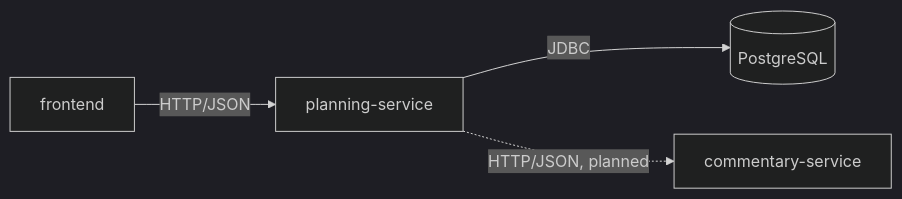
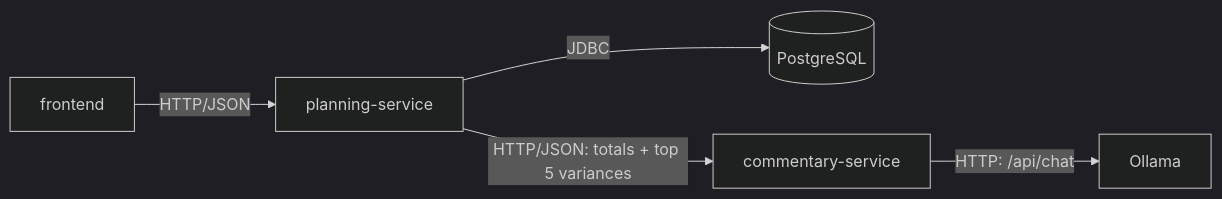
One commit to YoussefElshafei/driverline changed the first of 7 diagrams in docs/architecture.md. Above: the diagram before and after it, drawn with Mermaid (dark theme). The commit also changed other lines of this file and 64 other files, not shown here.

Commit message:
feat: add commentary-service with Ollama provider and rule-based fallback

````diff
--- a/docs/architecture.md
+++ b/docs/architecture.md
@@ -14,6 +15,7 @@
 ```mermaid
 flowchart LR
     frontend[frontend] -->|HTTP/JSON| planning[planning-service]
     planning -->|JDBC| db[(PostgreSQL)]
-    planning -.->|HTTP/JSON, planned| commentary[commentary-service]
+    planning -->|HTTP/JSON: totals + top 5 variances| commentary[commentary-service]
+    commentary -->|HTTP: /api/chat| ollama[Ollama]
 ```
````
